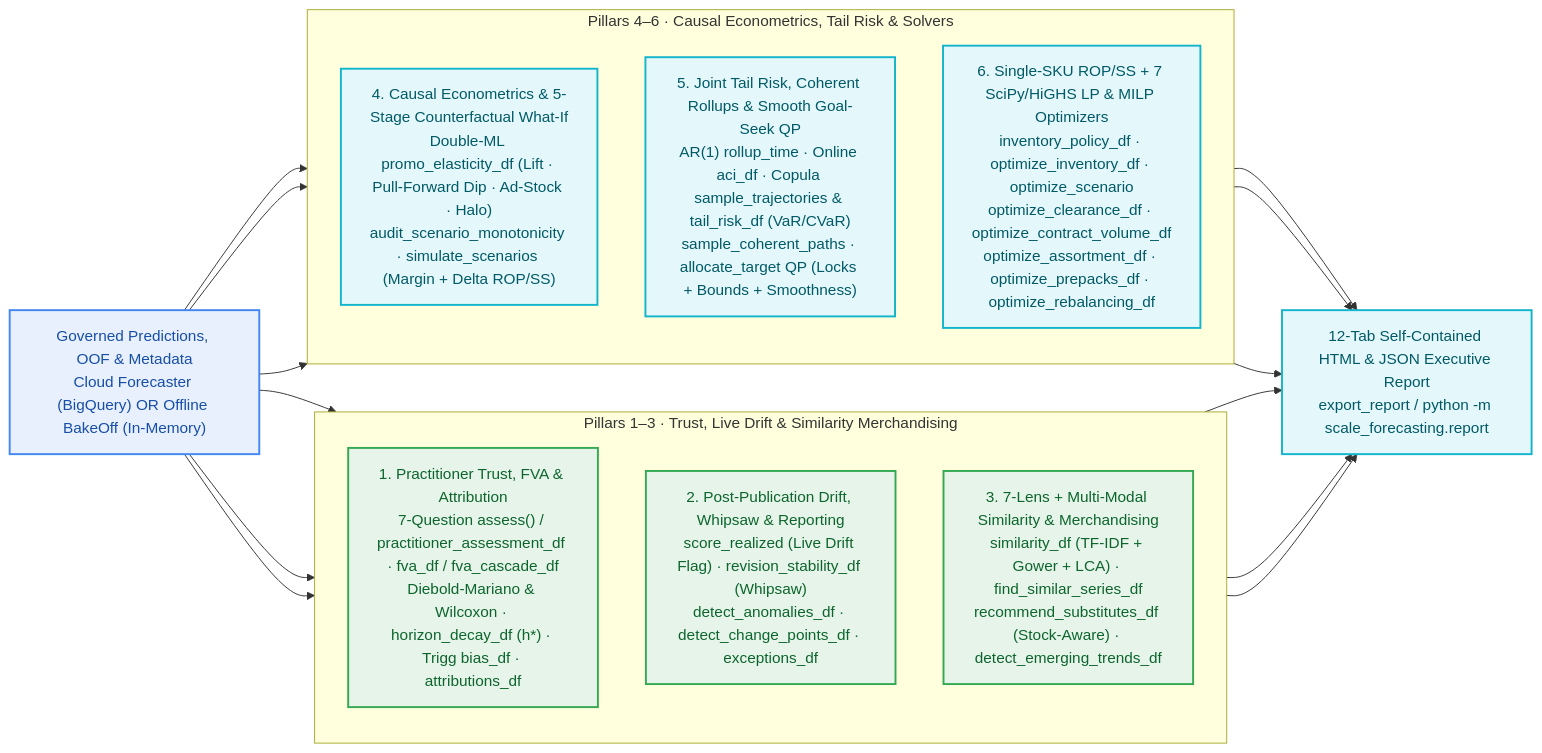
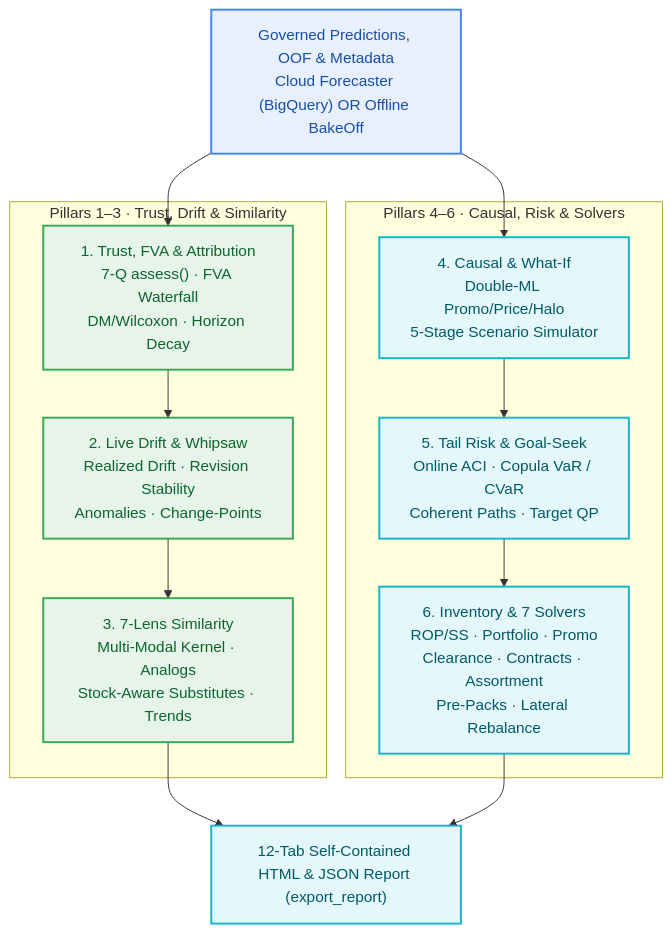
One commit to statmike/scale-forecasting changed diagram 16 of 17 in docs/visual_architecture.md. Above: the diagram before and after it, drawn with Mermaid. The commit also changed other lines of this file and 14 other files, not shown here.

Commit message:
docs(mermaid): reconfigure wide diagrams to vertical TD layout with concise labels

````diff
--- a/docs/visual_architecture.md
+++ b/docs/visual_architecture.md
@@ -722,30 +668,30 @@
 ```mermaid
-flowchart LR
-    IN_WB["Governed Predictions, OOF & Metadata<br/>Cloud Forecaster (BigQuery) OR Offline BakeOff (In-Memory)"]
+flowchart TD
+    IN_WB["Governed Predictions, OOF & Metadata<br/>Cloud Forecaster (BigQuery) OR Offline BakeOff"]
 
-    subgraph DIAGNOSTICS["Pillars 1–3 · Trust, Live Drift & Similarity Merchandising"]
-        direction TB
-        WB1["1. Practitioner Trust, FVA & Attribution<br/>7-Question assess() / practitioner_assessment_df · fva_df / fva_cascade_df<br/>Diebold-Mariano & Wilcoxon · horizon_decay_df (h*) · Trigg bias_df · attributions_df"]
-        WB2["2. Post-Publication Drift, Whipsaw & Reporting<br/>score_realized (Live Drift Flag) · revision_stability_df (Whipsaw)<br/>detect_anomalies_df · detect_change_points_df · exceptions_df"]
-        WB3["3. 7-Lens + Multi-Modal Similarity & Merchandising<br/>similarity_df (TF-IDF + Gower + LCA) · find_similar_series_df<br/>recommend_substitutes_df (Stock-Aware) · detect_emerging_trends_df"]
+    subgraph DIAGNOSTICS["Pillars 1–3 · Trust, Drift & Similarity"]
+        WB1["1. Trust, FVA & Attribution<br/>7-Q assess() · FVA Waterfall<br/>DM/Wilcoxon · Horizon Decay"]
+        WB2["2. Live Drift & Whipsaw<br/>Realized Drift · Revision Stability<br/>Anomalies · Change-Points"]
+        WB3["3. 7-Lens Similarity<br/>Multi-Modal Kernel · Analogs<br/>Stock-Aware Substitutes · Trends"]
+        WB1 --> WB2 --> WB3
     end
 
-    subgraph PRESCRIPTIVE["Pillars 4–6 · Causal Econometrics, Tail Risk & Solvers"]
-        direction TB
-        WB4["4. Causal Econometrics & 5-Stage Counterfactual What-If<br/>Double-ML promo_elasticity_df (Lift · Pull-Forward Dip · Ad-Stock · Halo)<br/>audit_scenario_monotonicity · simulate_scenarios (Margin + Delta ROP/SS)"]
-        WB5["5. Joint Tail Risk, Coherent Rollups & Smooth Goal-Seek QP<br/>AR(1) rollup_time · Online aci_df · Copula sample_trajectories & tail_risk_df (VaR/CVaR)<br/>sample_coherent_paths · allocate_target QP (Locks + Bounds + Smoothness)"]
-        WB6["6. Single-SKU ROP/SS + 7 SciPy/HiGHS LP & MILP Optimizers<br/>inventory_policy_df · optimize_inventory_df · optimize_scenario<br/>optimize_clearance_df · optimize_contract_volume_df<br/>optimize_assortment_df · optimize_prepacks_df · optimize_rebalancing_df"]
+    subgraph PRESCRIPTIVE["Pillars 4–6 · Causal, Risk & Solvers"]
+        WB4["4. Causal & What-If<br/>Double-ML Promo/Price/Halo<br/>5-Stage Scenario Simulator"]
+        WB5["5. Tail Risk & Goal-Seek<br/>Online ACI · Copula VaR / CVaR<br/>Coherent Paths · Target QP"]
+        WB6["6. Inventory & 7 Solvers<br/>ROP/SS · Portfolio · Promo<br/>Clearance · Contracts · Assortment<br/>Pre-Packs · Lateral Rebalance"]
+        WB4 --> WB5 --> WB6
     end
 
-    REPORT["12-Tab Self-Contained HTML & JSON Executive Report<br/>export_report / python -m scale_forecasting.report"]
+    REPORT["12-Tab Self-Contained HTML & JSON Report (export_report)"]
 
-    IN_WB --> WB1 & WB2 & WB3 & WB4 & WB5 & WB6
-    WB1 & WB2 & WB3 & WB4 & WB5 & WB6 --> REPORT
+    IN_WB --> WB1 & WB4
+    WB3 & WB6 --> REPORT
 
     classDef data fill:#E8F0FE,stroke:#4285F4,stroke-width:2px,color:#174EA6
     classDef compute fill:#E6F4EA,stroke:#34A853,stroke-width:2px,color:#0D652D
     classDef decision fill:#E4F7FB,stroke:#12B5CB,stroke-width:2px,color:#005A66
     class IN_WB data
     class WB1,WB2,WB3 compute
     class WB4,WB5,WB6,REPORT decision
 ```
````
